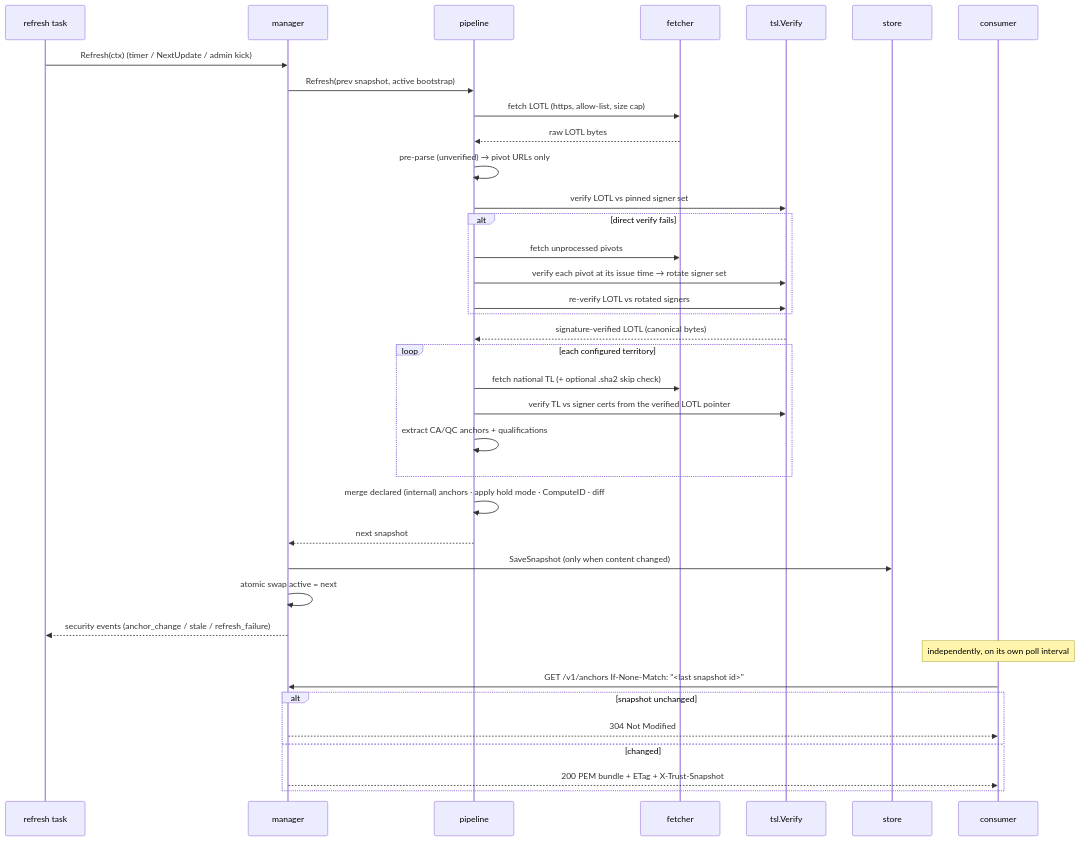
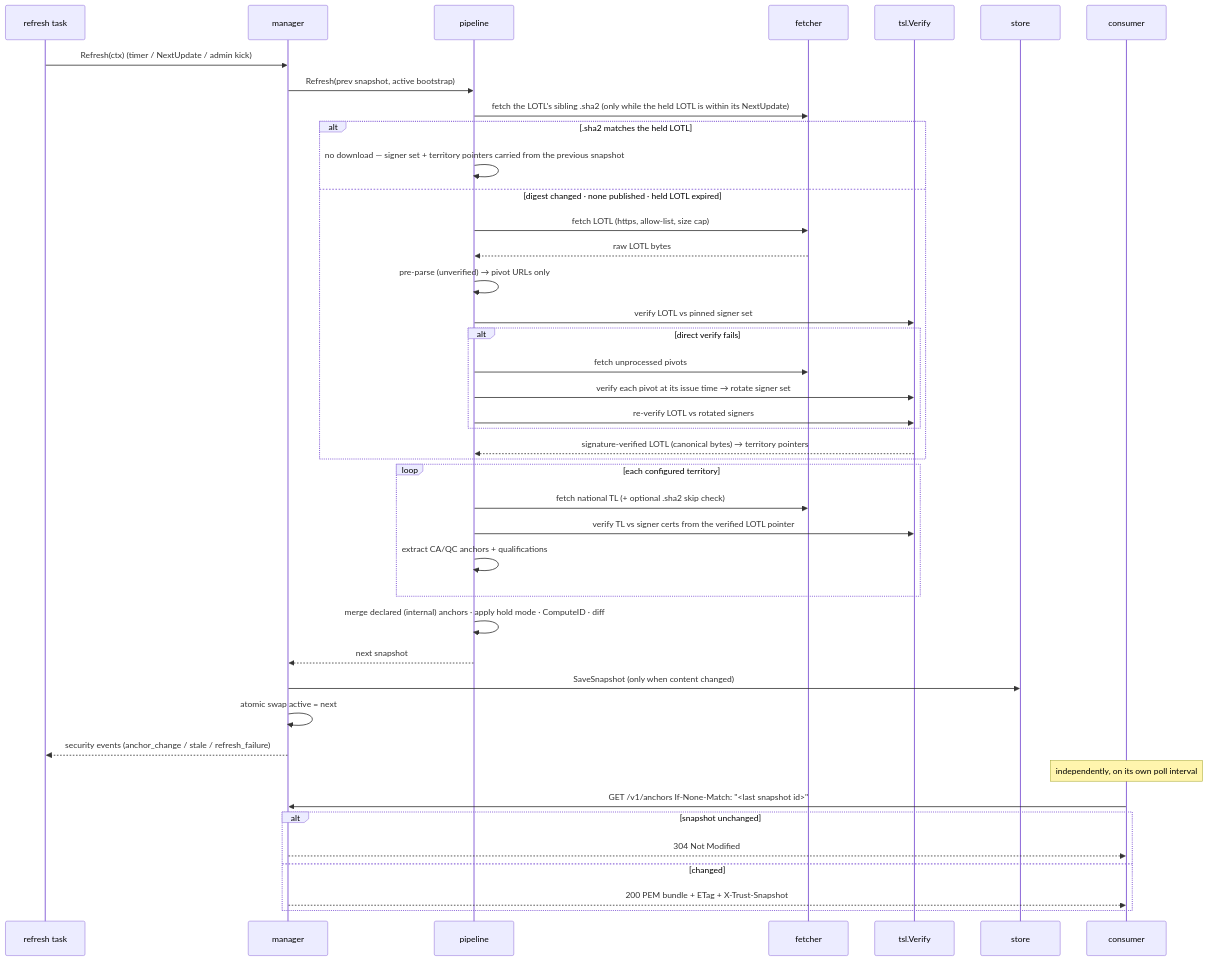
Before and after one commit to go-make-bytes/trust-anchor: the third of 3 diagrams in README.md, drawn with Mermaid. The commit also changed other lines of this file and 12 other files, not shown here.

````diff
--- a/README.md
+++ b/README.md
@@ -174,41 +174,46 @@
 ```mermaid
 sequenceDiagram
     participant T as refresh task
     participant M as manager
     participant P as pipeline
     participant F as fetcher
     participant V as tsl.Verify
     participant S as store
     participant C as consumer
 
     T->>M: Refresh(ctx)  (timer / NextUpdate / admin kick)
     M->>P: Refresh(prev snapshot, active bootstrap)
-    P->>F: fetch LOTL (https, allow-list, size cap)
-    F-->>P: raw LOTL bytes
-    P->>P: pre-parse (unverified) → pivot URLs only
-    P->>V: verify LOTL vs pinned signer set
-    alt direct verify fails
-        P->>F: fetch unprocessed pivots
-        P->>V: verify each pivot at its issue time → rotate signer set
-        P->>V: re-verify LOTL vs rotated signers
+    P->>F: fetch the LOTL's sibling .sha2 (only while the held LOTL is within its NextUpdate)
+    alt .sha2 matches the held LOTL
+        P->>P: no download — signer set + territory pointers carried from the previous snapshot
+    else digest changed · none published · held LOTL expired
+        P->>F: fetch LOTL (https, allow-list, size cap)
+        F-->>P: raw LOTL bytes
+        P->>P: pre-parse (unverified) → pivot URLs only
+        P->>V: verify LOTL vs pinned signer set
+        alt direct verify fails
+            P->>F: fetch unprocessed pivots
+            P->>V: verify each pivot at its issue time → rotate signer set
+            P->>V: re-verify LOTL vs rotated signers
+        end
+        V-->>P: signature-verified LOTL (canonical bytes) → territory pointers
     end
-    V-->>P: signature-verified LOTL (canonical bytes)
     loop each configured territory
         P->>F: fetch national TL (+ optional .sha2 skip check)
         P->>V: verify TL vs signer certs from the verified LOTL pointer
         P->>P: extract CA/QC anchors + qualifications
     end
     P->>P: merge declared (internal) anchors · apply hold mode · ComputeID · diff
     P-->>M: next snapshot
     M->>S: SaveSnapshot (only when content changed)
     M->>M: atomic swap active = next
     M-->>T: security events (anchor_change / stale / refresh_failure)
 
     Note over C: independently, on its own poll interval
     C->>M: GET /v1/anchors  If-None-Match: "<last snapshot id>"
     alt snapshot unchanged
         M-->>C: 304 Not Modified
     else changed
         M-->>C: 200 PEM bundle + ETag + X-Trust-Snapshot
     end
 ```
````
